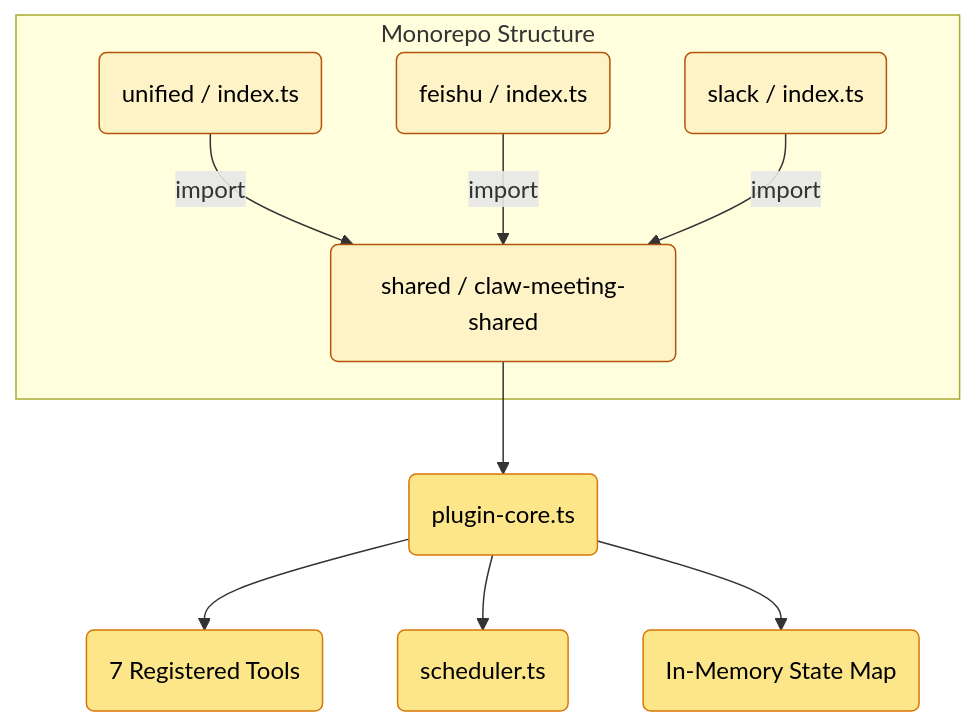
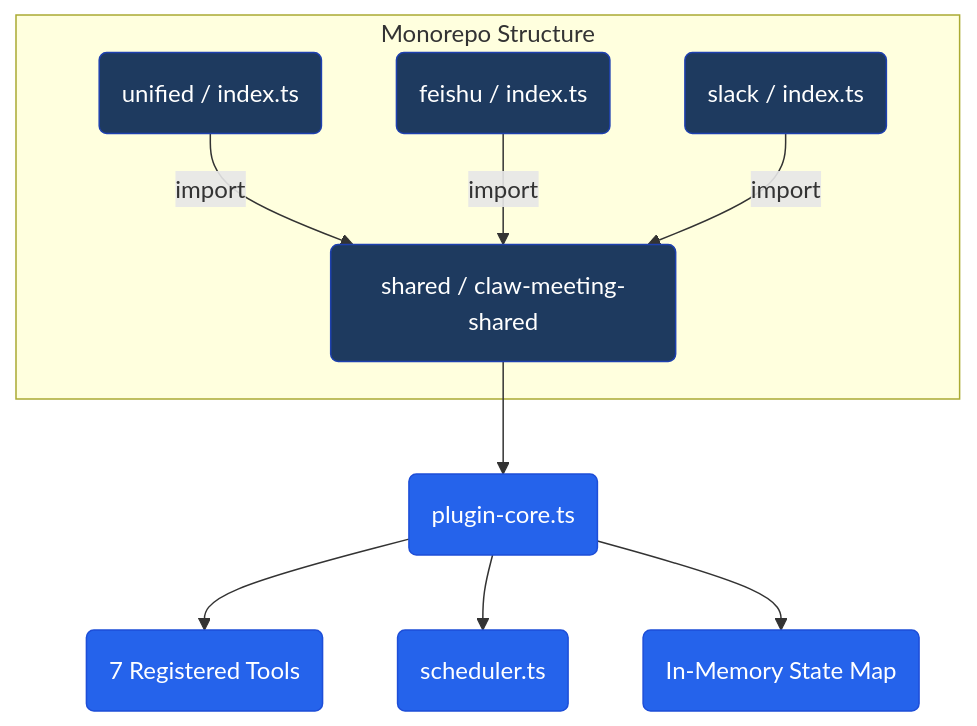
Before and after one commit to javana3/claw_meeting_all: the first of 13 diagrams in README.md, drawn with Mermaid. The commit also changed other lines of this file, not shown here.

Commit message:
Modernize diagrams with blue tech color scheme

````diff
--- a/README.md
+++ b/README.md
@@ -31,27 +31,27 @@
 ```mermaid
 graph TD
     subgraph "Monorepo Structure"
         SHARED(shared / claw-meeting-shared)
         UNI(unified / index.ts)
         FEI(feishu / index.ts)
         SLK(slack / index.ts)
     end
 
     UNI -->|import| SHARED
     FEI -->|import| SHARED
     SLK -->|import| SHARED
 
     SHARED --> CORE(plugin-core.ts)
     CORE --> TOOLS(7 Registered Tools)
     CORE --> SCHED(scheduler.ts)
     CORE --> STATE(In-Memory State Map)
 
-    style SHARED fill:#fef3c7,stroke:#b45309,color:#000
-    style UNI fill:#fef3c7,stroke:#b45309,color:#000
-    style FEI fill:#fef3c7,stroke:#b45309,color:#000
-    style SLK fill:#fef3c7,stroke:#b45309,color:#000
-    style CORE fill:#fde68a,stroke:#d97706,color:#000
-    style STATE fill:#fde68a,stroke:#d97706,color:#000
-    style TOOLS fill:#fde68a,stroke:#d97706,color:#000
-    style SCHED fill:#fde68a,stroke:#d97706,color:#000
+    style SHARED fill:#1e3a5f,stroke:#1e40af,color:#fff
+    style UNI fill:#1e3a5f,stroke:#1e40af,color:#fff
+    style FEI fill:#1e3a5f,stroke:#1e40af,color:#fff
+    style SLK fill:#1e3a5f,stroke:#1e40af,color:#fff
+    style CORE fill:#2563eb,stroke:#1d4ed8,color:#fff
+    style STATE fill:#2563eb,stroke:#1d4ed8,color:#fff
+    style TOOLS fill:#2563eb,stroke:#1d4ed8,color:#fff
+    style SCHED fill:#2563eb,stroke:#1d4ed8,color:#fff
 ```
````
